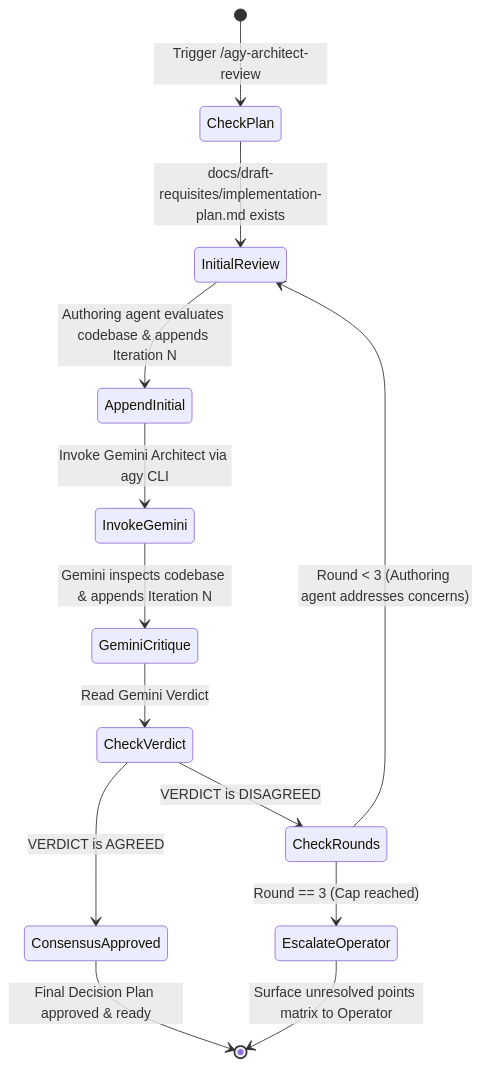
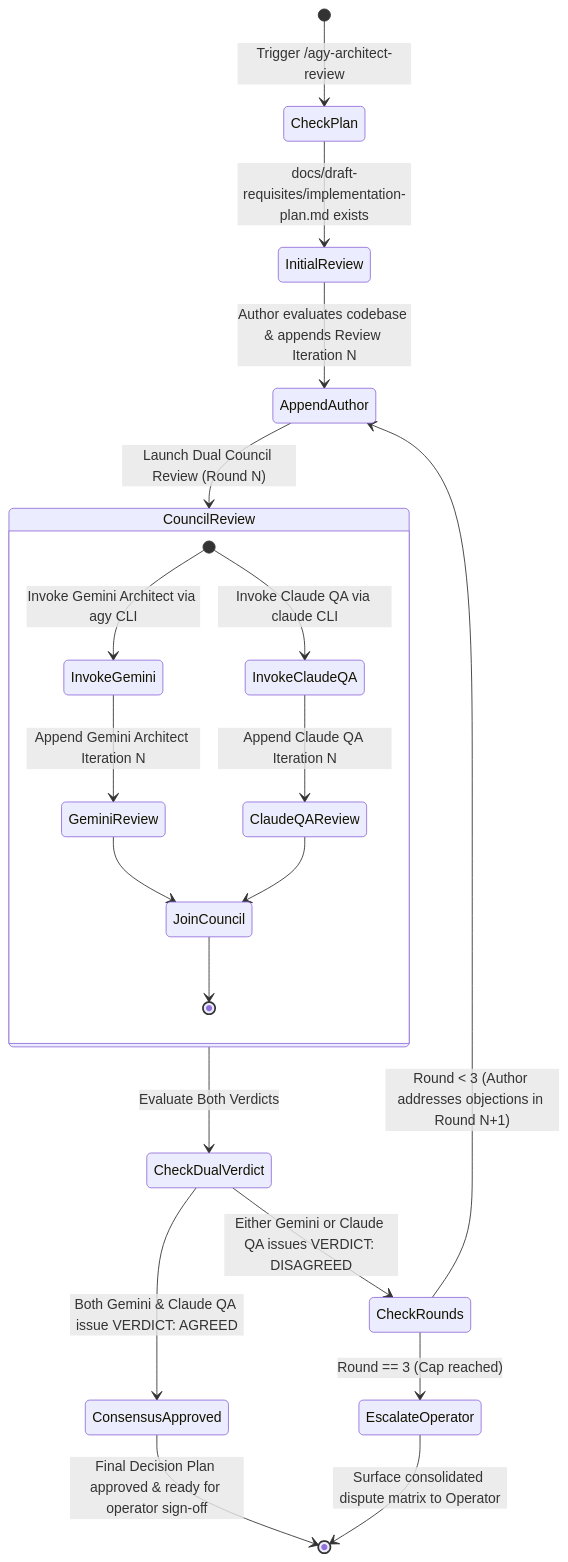
Before and after one commit to AntaresAndBharani/graph-engineering: the diagram in .agents/skills/agy-architect-review/SKILL.md, drawn with Mermaid. The commit also changed other lines of this file and 4 other files, not shown here.

Commit message:
feat(skills): add Claude QA Guardian role to agy-architect-review protocol (#184)

````diff
--- a/.agents/skills/agy-architect-review/SKILL.md
+++ b/.agents/skills/agy-architect-review/SKILL.md
@@ -28,17 +35,27 @@
 ```mermaid
 stateDiagram-v2
     [*] --> CheckPlan: Trigger /agy-architect-review
     CheckPlan --> InitialReview: docs/draft-requisites/implementation-plan.md exists
-    InitialReview --> AppendInitial: Authoring agent evaluates codebase & appends Iteration N
-    AppendInitial --> InvokeGemini: Invoke Gemini Architect via agy CLI
-    InvokeGemini --> GeminiCritique: Gemini inspects codebase & appends Iteration N
-    GeminiCritique --> CheckVerdict: Read Gemini Verdict
+    InitialReview --> AppendAuthor: Author evaluates codebase & appends Review Iteration N
     
-    CheckVerdict --> ConsensusApproved: VERDICT is AGREED
-    ConsensusApproved --> [*]: Final Decision Plan approved & ready
+    AppendAuthor --> CouncilReview: Launch Dual Council Review (Round N)
+    state CouncilReview {
+        [*] --> InvokeGemini: Invoke Gemini Architect via agy CLI
+        [*] --> InvokeClaudeQA: Invoke Claude QA via claude CLI
+        InvokeGemini --> GeminiReview: Append Gemini Architect Iteration N
+        InvokeClaudeQA --> ClaudeQAReview: Append Claude QA Iteration N
+        GeminiReview --> JoinCouncil
+        ClaudeQAReview --> JoinCouncil
+        JoinCouncil --> [*]
+    }
     
-    CheckVerdict --> CheckRounds: VERDICT is DISAGREED
-    CheckRounds --> InitialReview: Round < 3 (Authoring agent addresses concerns)
+    CouncilReview --> CheckDualVerdict: Evaluate Both Verdicts
+    
+    CheckDualVerdict --> ConsensusApproved: Both Gemini & Claude QA issue VERDICT: AGREED
+    ConsensusApproved --> [*]: Final Decision Plan approved & ready for operator sign-off
+    
+    CheckDualVerdict --> CheckRounds: Either Gemini or Claude QA issues VERDICT: DISAGREED
+    CheckRounds --> AppendAuthor: Round < 3 (Author addresses objections in Round N+1)
     CheckRounds --> EscalateOperator: Round == 3 (Cap reached)
-    EscalateOperator --> [*]: Surface unresolved points matrix to Operator
+    EscalateOperator --> [*]: Surface consolidated dispute matrix to Operator
 ```
````
